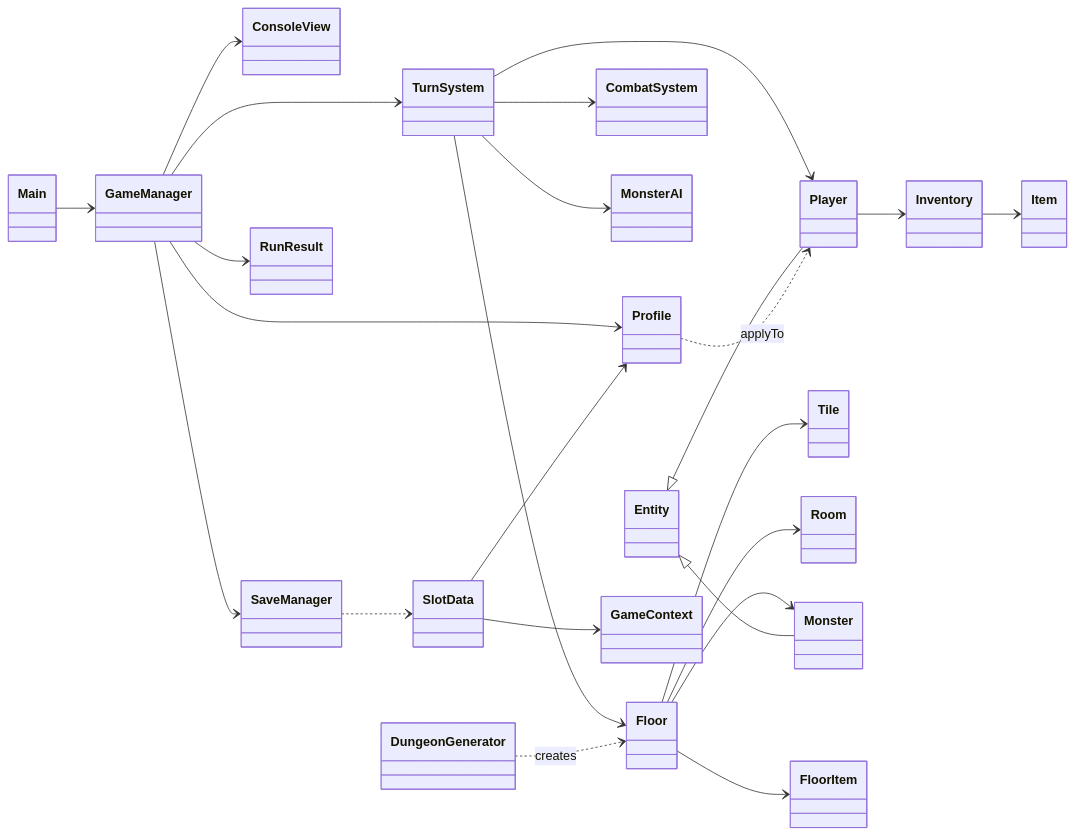
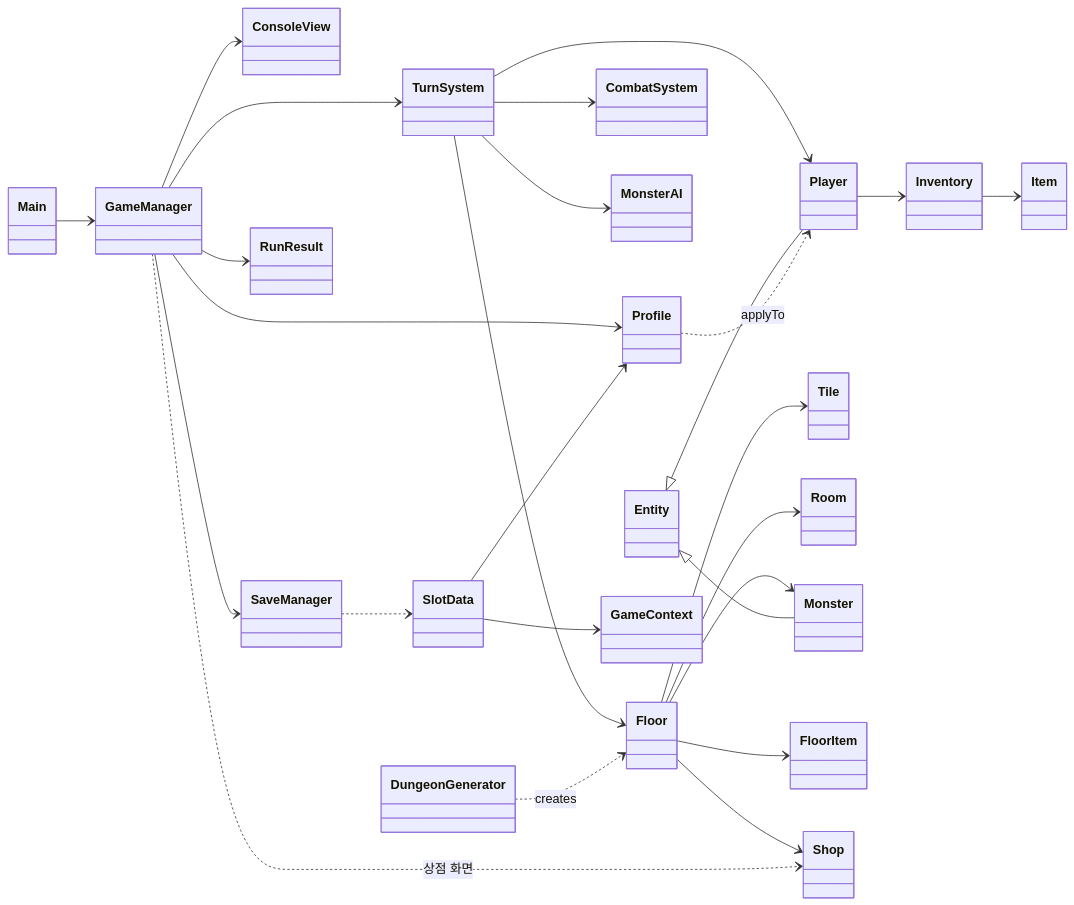
Before and after one commit to likelion-boot-camp-28th/side-project01-team01: the first of 10 diagrams in docs/Class-Diagram.md, drawn with Mermaid. The commit also changed other lines of this file and 24 other files, not shown here.

````diff
--- a/docs/Class-Diagram.md
+++ b/docs/Class-Diagram.md
@@ -8,27 +8,29 @@
 ```mermaid
 classDiagram
     direction LR
     Main --> GameManager
     GameManager --> TurnSystem
     GameManager --> ConsoleView
     GameManager --> SaveManager
     TurnSystem --> Player
     TurnSystem --> Floor
     TurnSystem --> CombatSystem
     TurnSystem --> MonsterAI
     Floor --> Tile
     Floor --> Room
     Floor --> Monster
     Floor --> FloorItem
+    Floor --> Shop
+    GameManager ..> Shop : 상점 화면
     Player --> Inventory
     Inventory --> Item
     Entity <|-- Player
     Entity <|-- Monster
     DungeonGenerator ..> Floor : creates
     GameManager --> Profile
     GameManager --> RunResult
     Profile ..> Player : applyTo
     SaveManager ..> SlotData
     SlotData --> Profile
     SlotData --> GameContext
 ```
````
